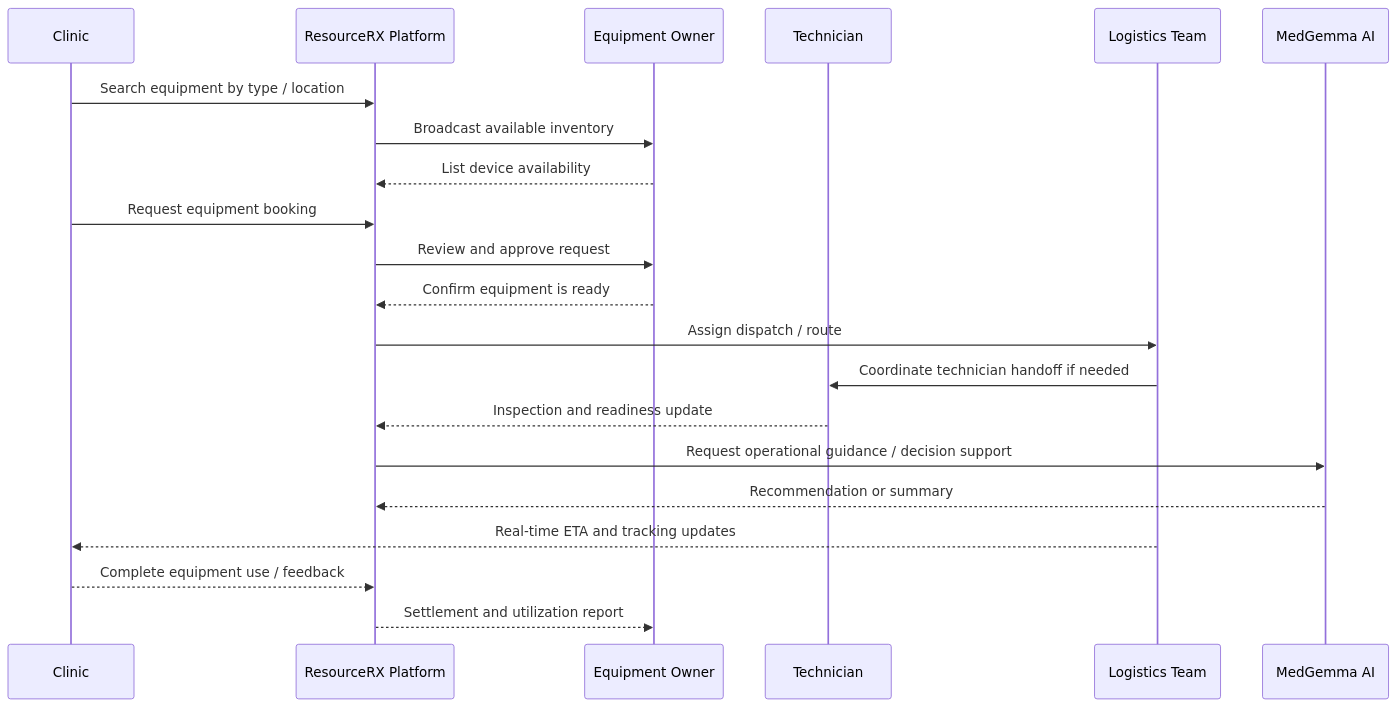
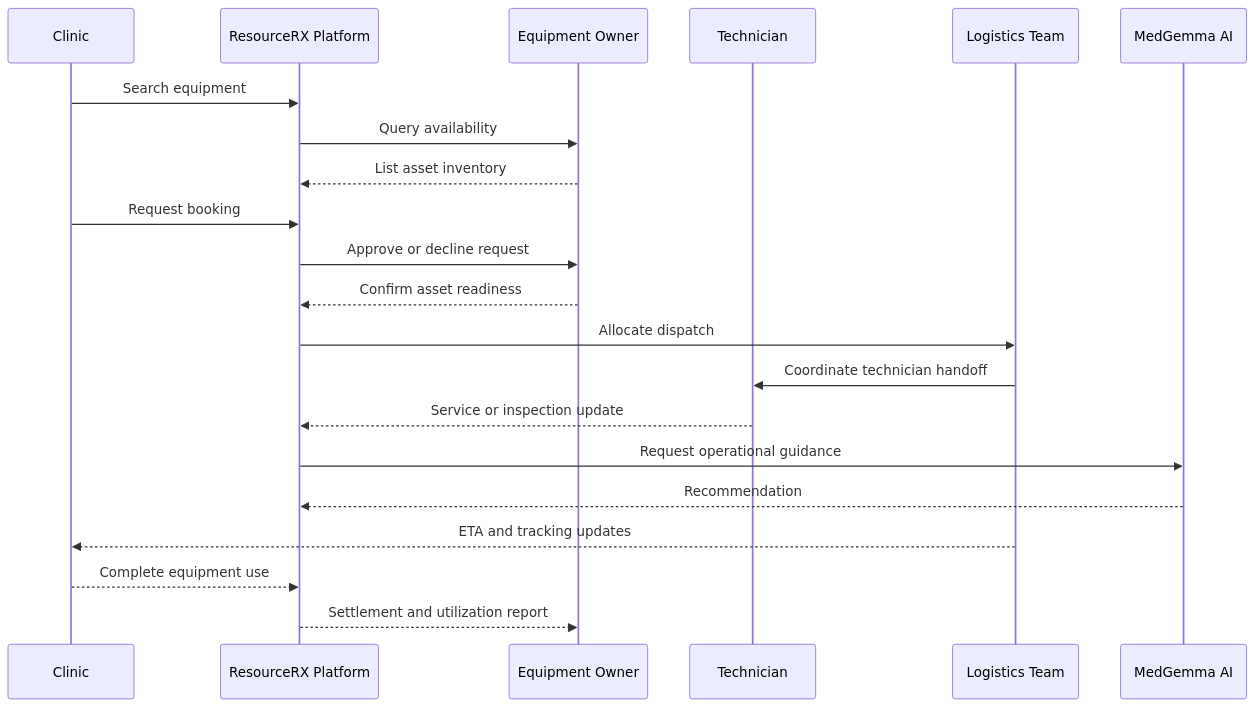
One commit to Jasmine0987/ResourceRX changed the third of 4 diagrams in README.md. Above: the diagram before and after it, drawn with Mermaid. The commit also changed other lines of this file, not shown here.

Commit message:
Apply a polished product + engineering README with diagram-first architecture overview

````diff
--- a/README.md
+++ b/README.md
@@ -136,24 +154,24 @@
 ```mermaid
 sequenceDiagram
     participant Clinic as Clinic
     participant Platform as ResourceRX Platform
     participant Owner as Equipment Owner
     participant Tech as Technician
     participant Logistics as Logistics Team
     participant AI as MedGemma AI
 
-    Clinic->>Platform: Search equipment by type / location
-    Platform->>Owner: Broadcast available inventory
-    Owner-->>Platform: List device availability
-    Clinic->>Platform: Request equipment booking
-    Platform->>Owner: Review and approve request
-    Owner-->>Platform: Confirm equipment is ready
-    Platform->>Logistics: Assign dispatch / route
-    Logistics->>Tech: Coordinate technician handoff if needed
-    Tech-->>Platform: Inspection and readiness update
-    Platform->>AI: Request operational guidance / decision support
-    AI-->>Platform: Recommendation or summary
-    Logistics-->>Clinic: Real-time ETA and tracking updates
-    Clinic-->>Platform: Complete equipment use / feedback
+    Clinic->>Platform: Search equipment
+    Platform->>Owner: Query availability
+    Owner-->>Platform: List asset inventory
+    Clinic->>Platform: Request booking
+    Platform->>Owner: Approve or decline request
+    Owner-->>Platform: Confirm asset readiness
+    Platform->>Logistics: Allocate dispatch
+    Logistics->>Tech: Coordinate technician handoff
+    Tech-->>Platform: Service or inspection update
+    Platform->>AI: Request operational guidance
+    AI-->>Platform: Recommendation
+    Logistics-->>Clinic: ETA and tracking updates
+    Clinic-->>Platform: Complete equipment use
     Platform-->>Owner: Settlement and utilization report
 ```
````
